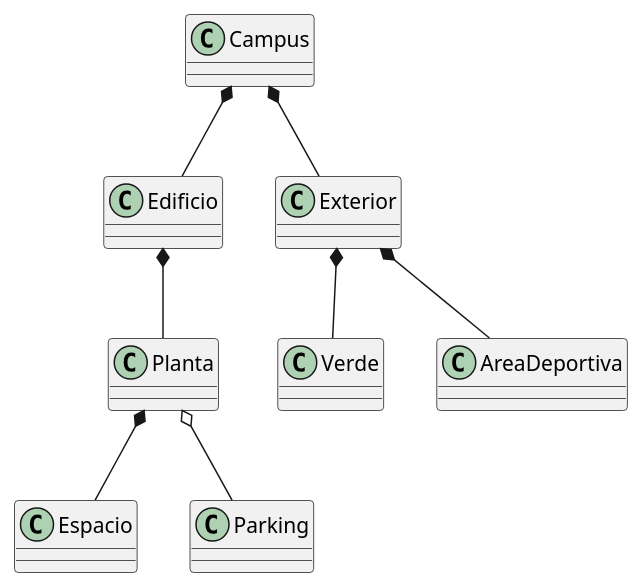
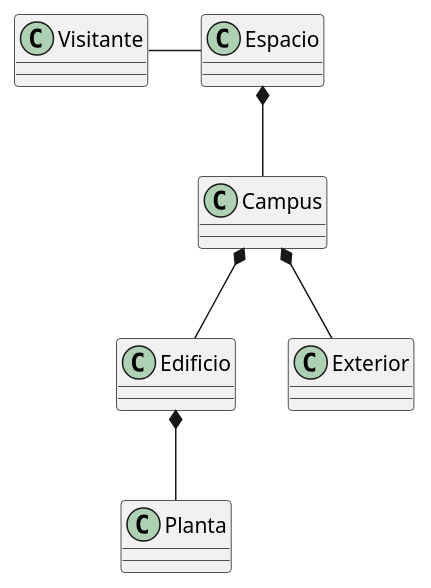
Before and after one commit to Camila-Lesly/25-26-idsw1-sdr: the diagram in documentos/modeloDeDominio/DiagramaDeClases/diagramaDeClases.puml, drawn with PlantUML. The commit also changed 1 other file, not shown here.

Commit message:
docs: update class diagram

```diff
--- a/documentos/modeloDeDominio/DiagramaDeClases/diagramaDeClases.puml
+++ b/documentos/modeloDeDominio/DiagramaDeClases/diagramaDeClases.puml
@@ -1,21 +1,15 @@
 @startuml
-
+class Visitante
+class Espacio
 class Campus
 class Edificio
 class Exterior
 class Planta
-class Espacio
-class Parking
-class Verde
-class AreaDeportiva
 
 
+Visitante -r-  Espacio
+Espacio *-- Campus
 Campus  *-- Edificio
 Campus  *-- Exterior
 Edificio *-- Planta
-Planta  *-- Espacio
-Planta o-- Parking
-Exterior *-- Verde
-Exterior *-- AreaDeportiva
-
 @enduml
```
